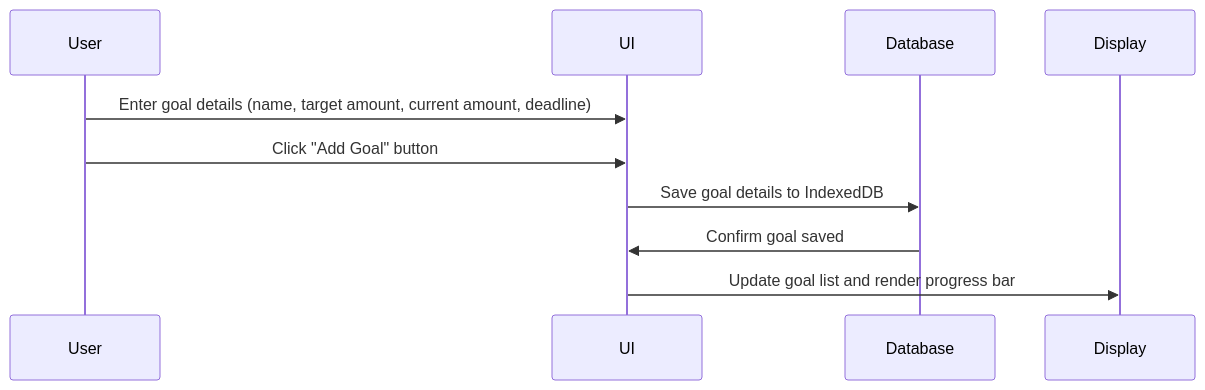
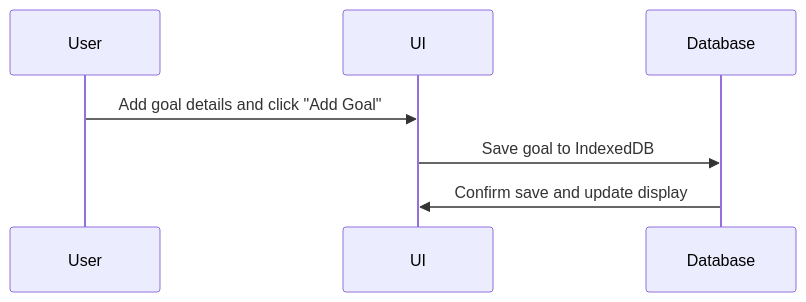
Before and after one commit to viancavarma/326-Team-5: the diagram in m3/preston-moeun/tracker-sequence-diagram.md, drawn with Mermaid.

````diff
--- a/m3/preston-moeun/tracker-sequence-diagram.md
+++ b/m3/preston-moeun/tracker-sequence-diagram.md
@@ -7,9 +7,7 @@
 ```mermaid
 sequenceDiagram
-  User ->> UI: Enter goal details (name, target amount, current amount, deadline)
-  User ->> UI: Click "Add Goal" button
-  UI ->> Database: Save goal details to IndexedDB
-  Database ->> UI: Confirm goal saved
-  UI ->> Display: Update goal list and render progress bar
-  
+  User ->> UI: Add goal details and click "Add Goal"
+  UI ->> Database: Save goal to IndexedDB
+  Database ->> UI: Confirm save and update display
+
 ```
````
